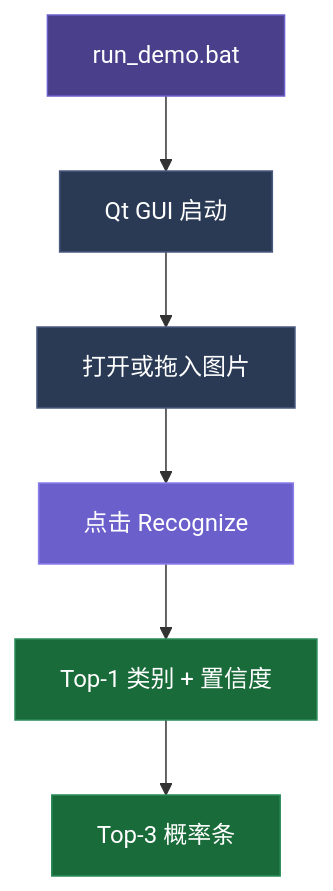
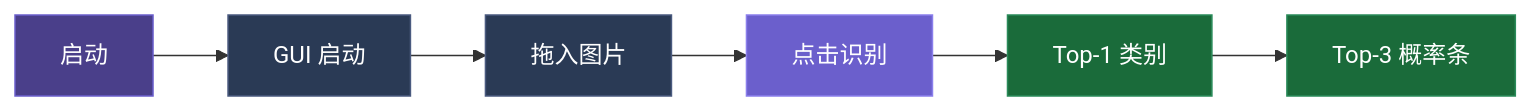
Before and after one commit to AnieerLhayK/cppCNN_vibecoding: the diagram in docs/presentation/slidev/slides.md, drawn with Mermaid. The commit also changed other lines of this file, not shown here.

Commit message:
@fix: revert flowchart to horizontal layout with compact labels, restore demo note
- graph TD back to graph LR (horizontal) to fit slide height
- Shortened node labels for better horizontal fit
- Scale set to 1.2 (centered) instead of 1.3 (top-origin)
- Restored auto-load hint note that was removed in earlier refactor

````diff
--- a/docs/presentation/slidev/slides.md
+++ b/docs/presentation/slidev/slides.md
@@ -79,15 +79,15 @@
 ```mermaid
 %%{init: {'flowchart': {'useMaxWidth': false}}}%%
-graph TD
-  A[run_demo.bat] --> B[Qt GUI 启动]
-  B --> C[打开或拖入图片]
-  C --> D[点击 Recognize]
-  D --> E[Top-1 类别 + 置信度]
+graph LR
+  A[启动] --> B[GUI 启动]
+  B --> C[拖入图片]
+  C --> D[点击识别]
+  D --> E[Top-1 类别]
   E --> F[Top-3 概率条]
   style A fill:#4a3f8a,stroke:#6b5fcc,color:#fff
   style B fill:#2a3a55,stroke:#4a5a7f,color:#fff
   style C fill:#2a3a55,stroke:#4a5a7f,color:#fff
   style D fill:#6b5fcc,stroke:#8b7fec,color:#fff
   style E fill:#1a6b3a,stroke:#2a8b5a,color:#fff
   style F fill:#1a6b3a,stroke:#2a8b5a,color:#fff
 ```
````
